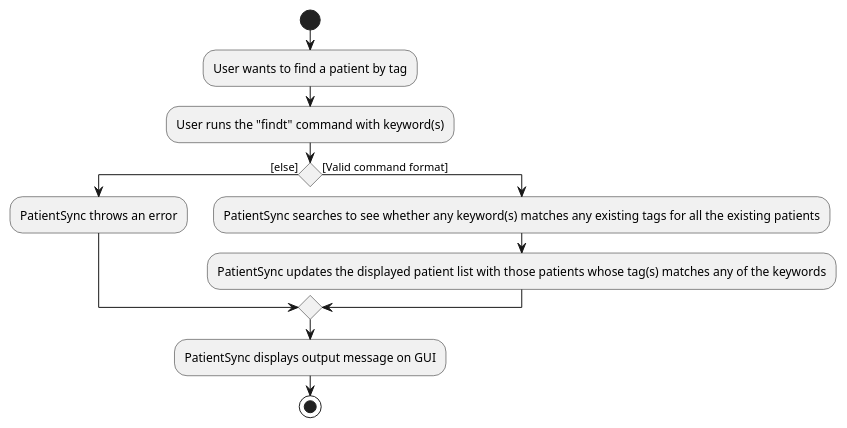
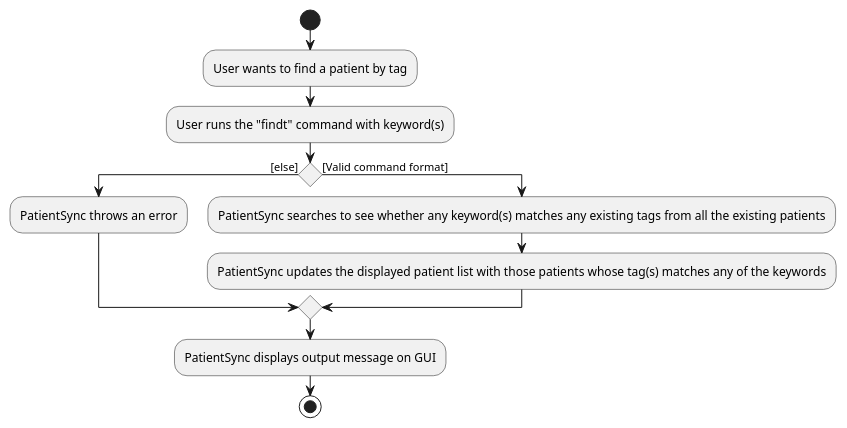
Before and after one commit to NeoHW/tp: the diagram in docs/diagrams/FindTagsActivityDiagram.puml, drawn with PlantUML. The commit also changed 1 other file, not shown here.

Commit message:
Update EditEventActivityDiagram

```diff
--- a/docs/diagrams/FindTagsActivityDiagram.puml
+++ b/docs/diagrams/FindTagsActivityDiagram.puml
@@ -1,13 +1,13 @@
 @startuml
 start
 :User wants to find a patient by tag;
 :User runs the "findt" command with keyword(s);
 if () then ([else])
     :PatientSync throws an error;
 else ([Valid command format])
-    :PatientSync searches to see whether any keyword(s) matches any existing tags for all the existing patients;
+    :PatientSync searches to see whether any keyword(s) matches any existing tags from all the existing patients;
     :PatientSync updates the displayed patient list with those patients whose tag(s) matches any of the keywords;
 endif
 :PatientSync displays output message on GUI;
 stop
 @enduml
```
